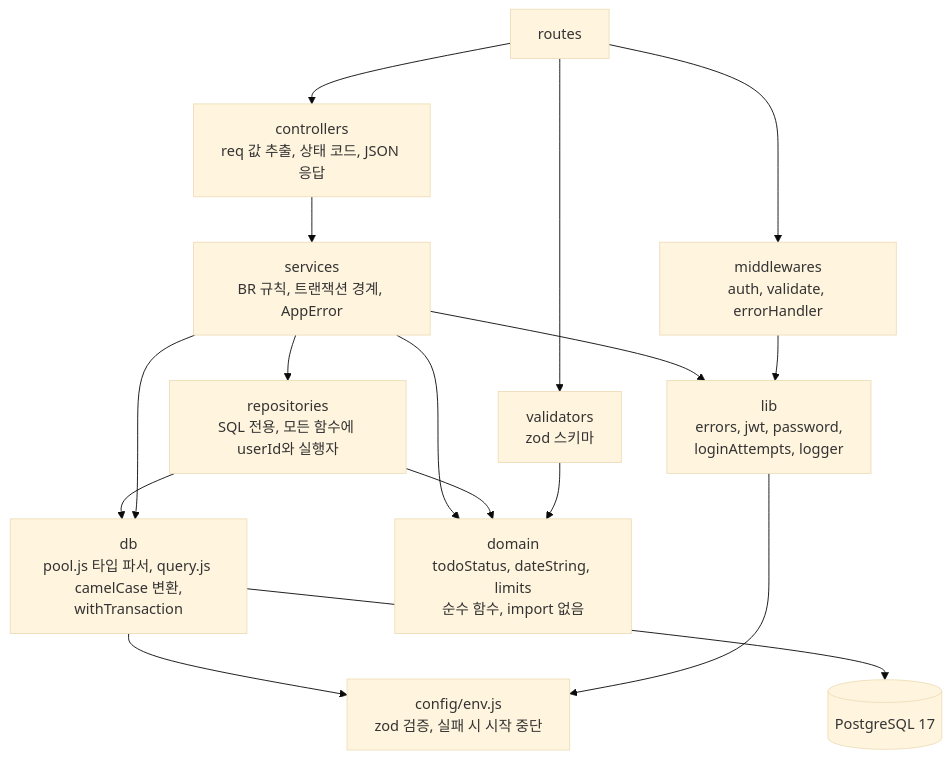
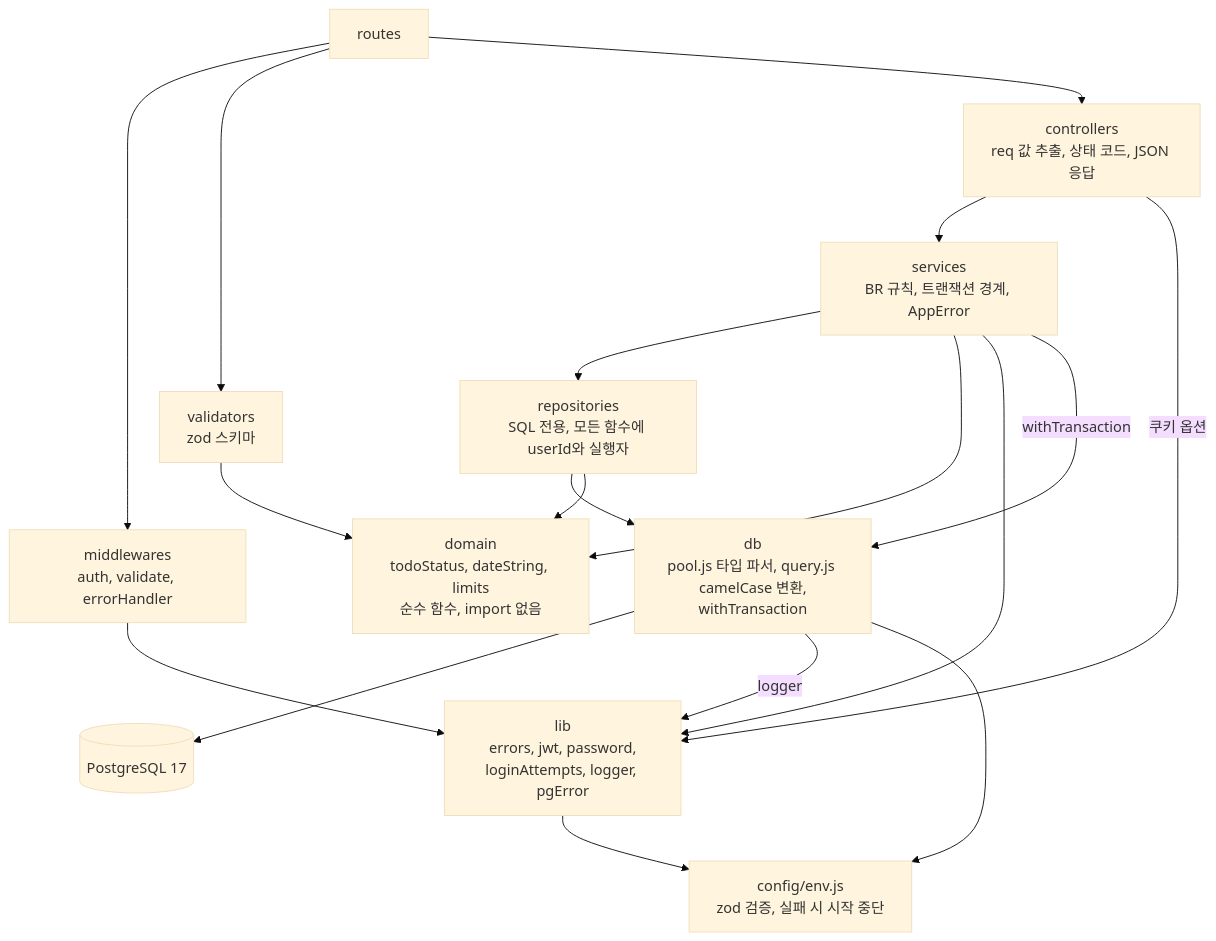
Before and after one commit to wjdxo513/todolist-app: the fifth of 14 diagrams in docs/6-arch-diagram.md, drawn with Mermaid (base theme). The commit also changed other lines of this file and 10 other files, not shown here.

````diff
--- a/docs/6-arch-diagram.md
+++ b/docs/6-arch-diagram.md
@@ -240,19 +269,21 @@
 ```mermaid
 flowchart TD
     ROUTES["routes"] --> MWS["middlewares<br/>auth, validate, errorHandler"]
     ROUTES --> VALID["validators<br/>zod 스키마"]
     ROUTES --> CTRL["controllers<br/>req 값 추출, 상태 코드, JSON 응답"]
     CTRL --> SVC["services<br/>BR 규칙, 트랜잭션 경계, AppError"]
+    CTRL -->|"쿠키 옵션"| LIB
     SVC --> REPO["repositories<br/>SQL 전용, 모든 함수에 userId와 실행자"]
     REPO --> DBL["db<br/>pool.js 타입 파서, query.js camelCase 변환,<br/>withTransaction"]
     DBL --> PG[("PostgreSQL 17")]
 
     SVC --> DOM["domain<br/>todoStatus, dateString, limits<br/>순수 함수, import 없음"]
     REPO --> DOM
     VALID --> DOM
-    SVC --> LIB["lib<br/>errors, jwt, password,<br/>loginAttempts, logger"]
+    SVC --> LIB["lib<br/>errors, jwt, password,<br/>loginAttempts, logger, pgError"]
     MWS --> LIB
-    SVC --> DBL
+    SVC -->|"withTransaction"| DBL
+    DBL -->|"logger"| LIB
     DBL --> CFG["config/env.js<br/>zod 검증, 실패 시 시작 중단"]
     LIB --> CFG
 ```
````
